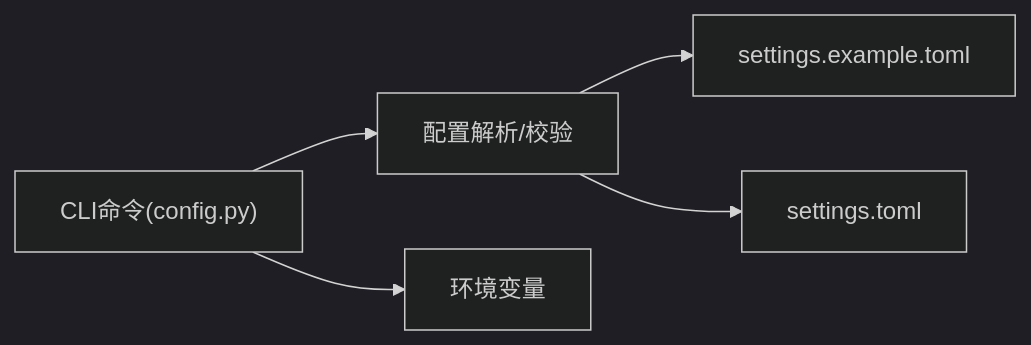
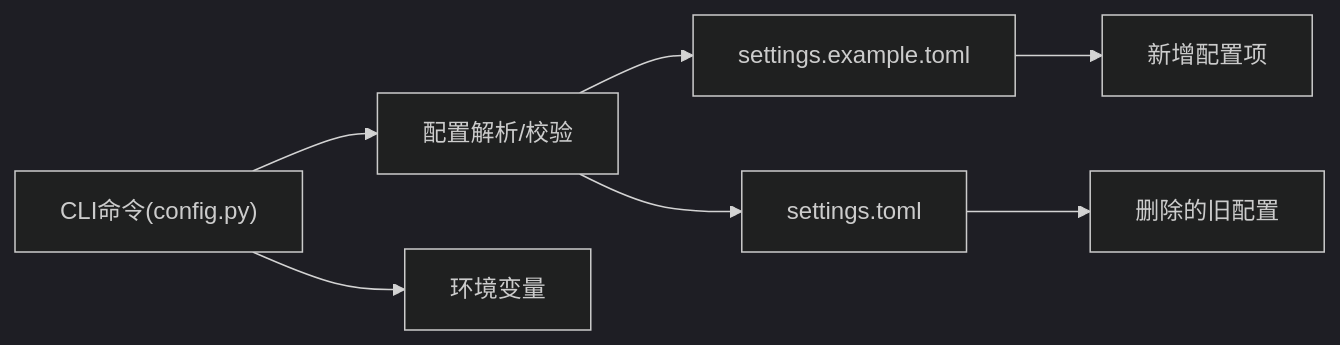
Before and after one commit to PengFan001/Jirin: the third of 3 diagrams in .qoder/repowiki/zh/content/配置管理.md, drawn with Mermaid (dark theme). The commit also changed other lines of this file and 37 other files, not shown here.

````diff
--- a/.qoder/repowiki/zh/content/配置管理.md
+++ b/.qoder/repowiki/zh/content/配置管理.md
@@ -214,7 +245,9 @@
 ```mermaid
 graph LR
 CLI["CLI命令(config.py)"] --> PARSER["配置解析/校验"]
 PARSER --> TPL["settings.example.toml"]
 PARSER --> CFG["settings.toml"]
 CLI --> ENV["环境变量"]
+TPL --> NEW["新增配置项"]
+CFG --> OLD["删除的旧配置"]
 ```
````
